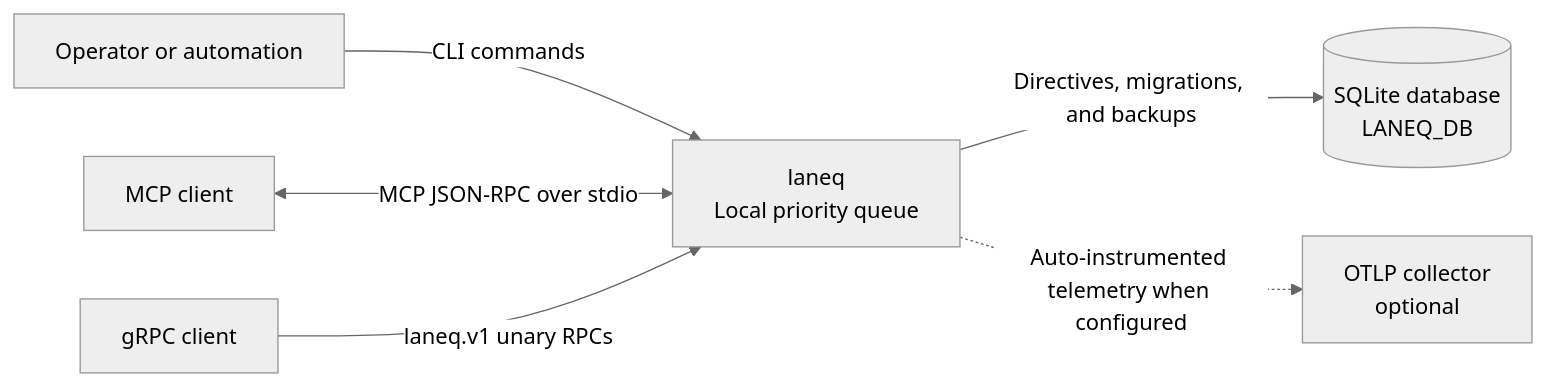
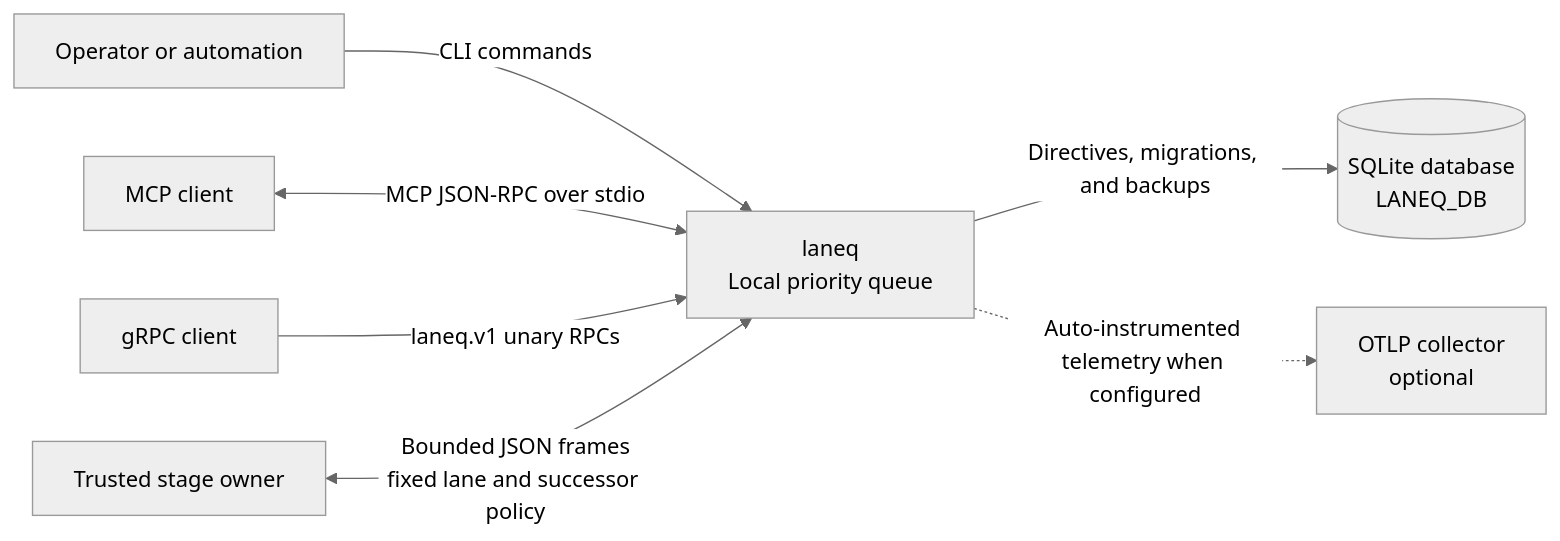
One commit to selamy-labs/laneq changed the first of 2 diagrams in docs/architecture/system-context.md. Above: the diagram before and after it, drawn with Mermaid (neutral theme). The commit also changed other lines of this file and 2 other files, not shown here.

First line of the commit message:
feat: add bounded fixed-lane stage bridge (#35)

````diff
--- a/docs/architecture/system-context.md
+++ b/docs/architecture/system-context.md
@@ -8,15 +9,17 @@
 ```mermaid
 flowchart LR
     operator["Operator or automation"]
     mcp_client["MCP client"]
     grpc_client["gRPC client"]
+    stage_owner["Trusted stage owner"]
     laneq["laneq<br/>Local priority queue"]
     sqlite[("SQLite database<br/>LANEQ_DB")]
     otlp["OTLP collector<br/>optional"]
 
     operator -->|"CLI commands"| laneq
     mcp_client <-->|"MCP JSON-RPC over stdio"| laneq
     grpc_client -->|"laneq.v1 unary RPCs"| laneq
+    stage_owner <-->|"Bounded JSON frames<br/>fixed lane and successor policy"| laneq
     laneq -->|"Directives, migrations, and backups"| sqlite
     laneq -.->|"Auto-instrumented telemetry when configured"| otlp
 ```
````
